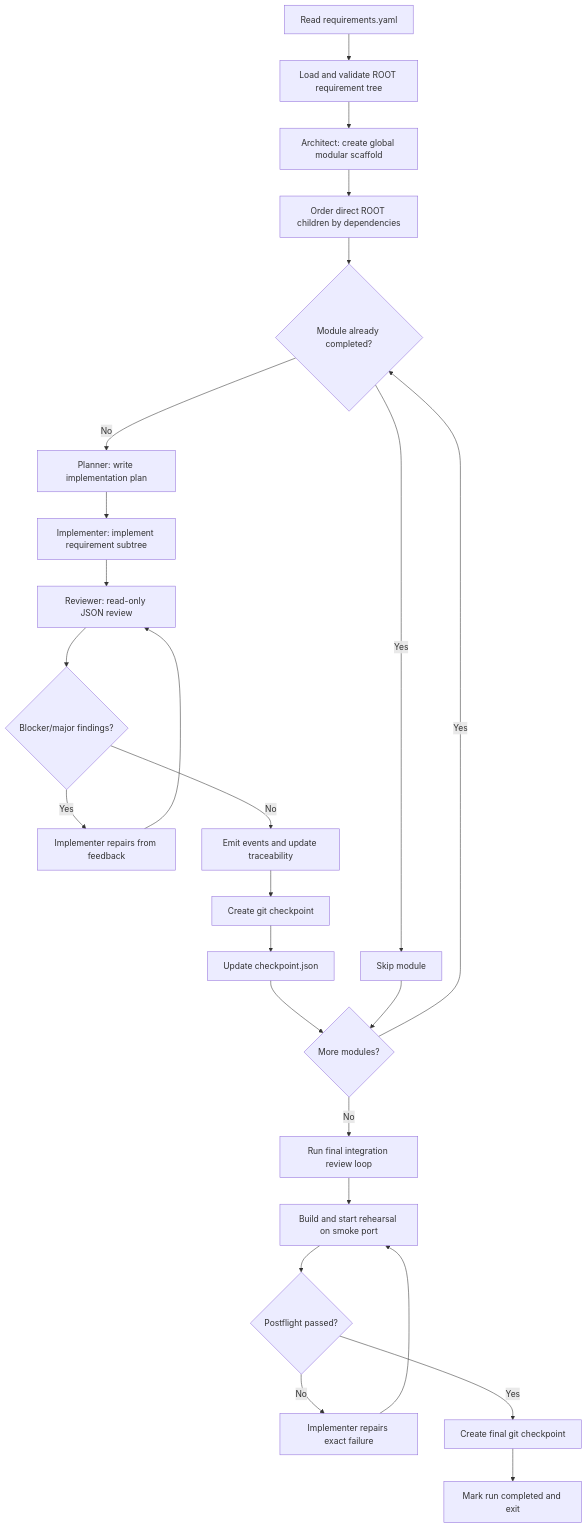
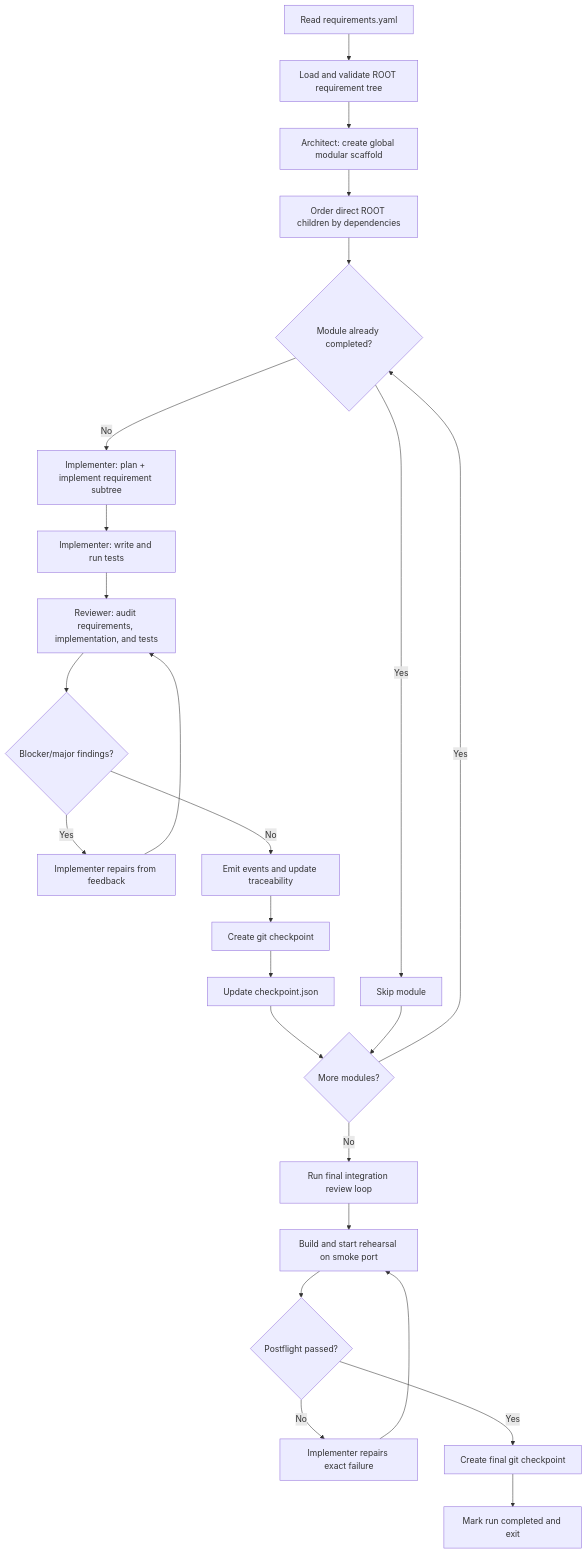
One commit to onewesong/hafleet-arc changed the diagram in README.md. Above: the diagram before and after it, drawn with Mermaid. The commit also changed other lines of this file and 14 other files, not shown here.

````diff
--- a/README.md
+++ b/README.md
@@ -32,27 +32,27 @@
 ```mermaid
 flowchart TD
     A["Read requirements.yaml"] --> B["Load and validate ROOT requirement tree"]
     B --> C["Architect: create global modular scaffold"]
     C --> D["Order direct ROOT children by dependencies"]
     D --> E{"Module already completed?"}
     E -- "Yes" --> F["Skip module"]
-    E -- "No" --> G["Planner: write implementation plan"]
-    G --> H["Implementer: implement requirement subtree"]
-    H --> I["Reviewer: read-only JSON review"]
+    E -- "No" --> G["Implementer: plan + implement requirement subtree"]
+    G --> H["Implementer: write and run tests"]
+    H --> I["Reviewer: audit requirements, implementation, and tests"]
     I --> J{"Blocker/major findings?"}
     J -- "Yes" --> K["Implementer repairs from feedback"]
     K --> I
     J -- "No" --> L["Emit events and update traceability"]
     L --> M["Create git checkpoint"]
     M --> N["Update checkpoint.json"]
     N --> O{"More modules?"}
     F --> O
     O -- "Yes" --> E
     O -- "No" --> P["Run final integration review loop"]
     P --> Q["Build and start rehearsal on smoke port"]
     Q --> R{"Postflight passed?"}
     R -- "No" --> S["Implementer repairs exact failure"]
     S --> Q
     R -- "Yes" --> T["Create final git checkpoint"]
     T --> U["Mark run completed and exit"]
 ```
````
